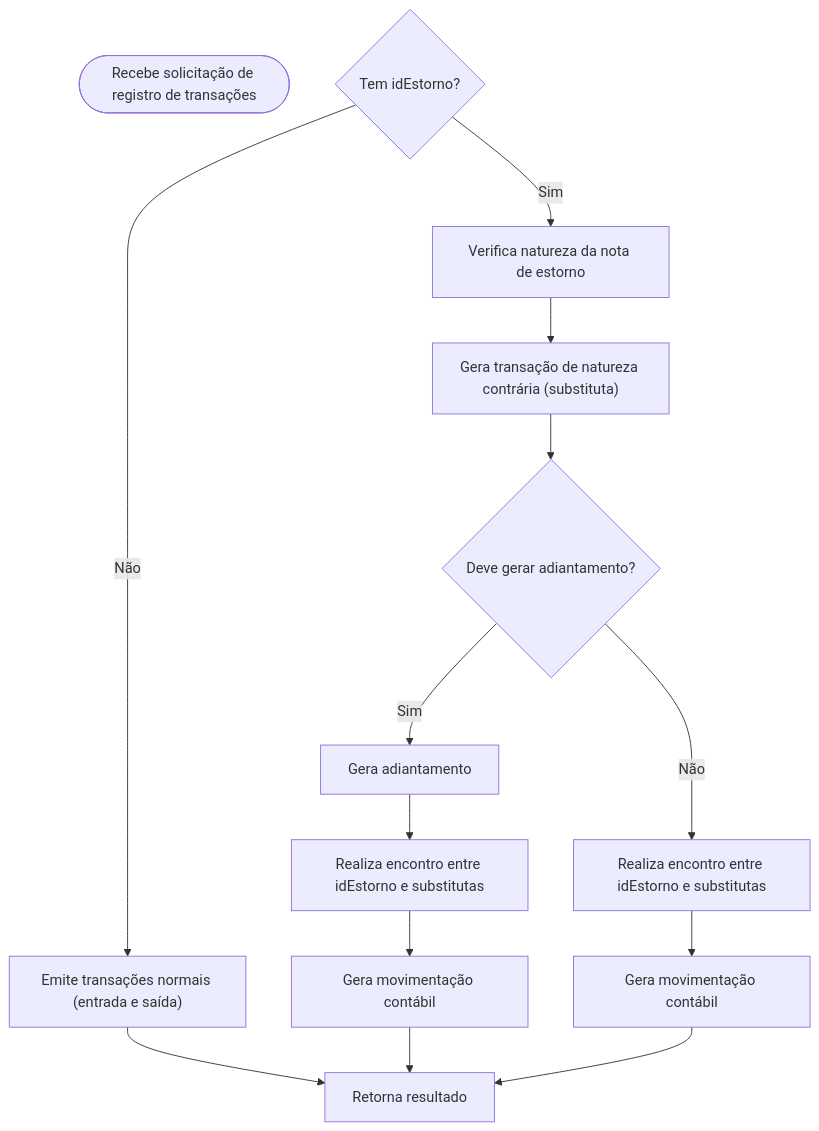
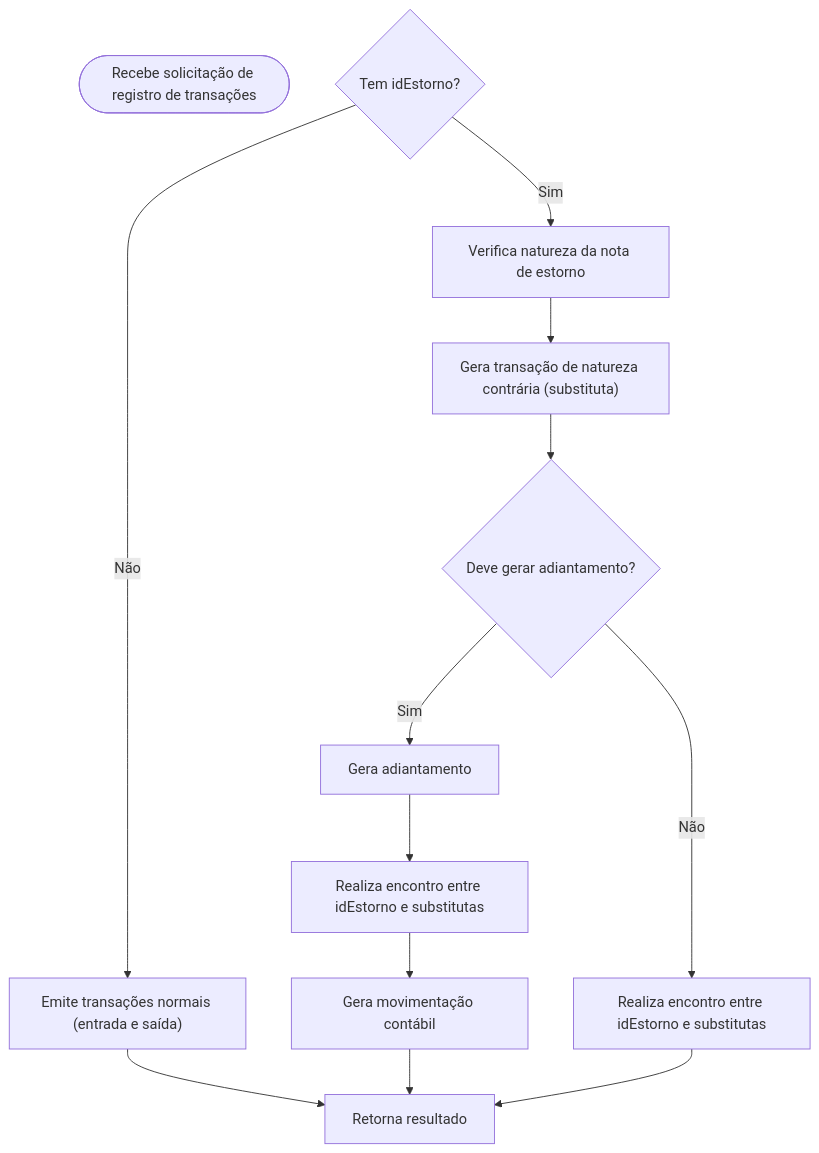
One commit to squadtransporte/Documentacao_Transvale changed the diagram in Integracao_TVALE.md. Above: the diagram before and after it, drawn with Mermaid.

````diff
--- a/Integracao_TVALE.md
+++ b/Integracao_TVALE.md
@@ -27,22 +27,21 @@
 ```mermaid
 flowchart TD
     A([Recebe solicitação de registro de transações])
     B{Tem idEstorno?}
 
     B -->|Não| C["Emite transações normais (entrada e saída)"]
     C --> D[Retorna resultado]
 
     B -->|Sim| E[Verifica natureza da nota de estorno]
     E --> F["Gera transação de natureza contrária (substituta)"]
 
     F --> G{Deve gerar adiantamento?}
 
     G -->|Sim| H[Gera adiantamento]
     H --> I["Realiza encontro entre idEstorno e substitutas"]
     I --> J["Gera movimentação contábil"]
     J --> D
 
     G -->|Não| K["Realiza encontro entre idEstorno e substitutas"]
-    K --> J2["Gera movimentação contábil"]
-    J2 --> D
+    K --> D
 ```
````
